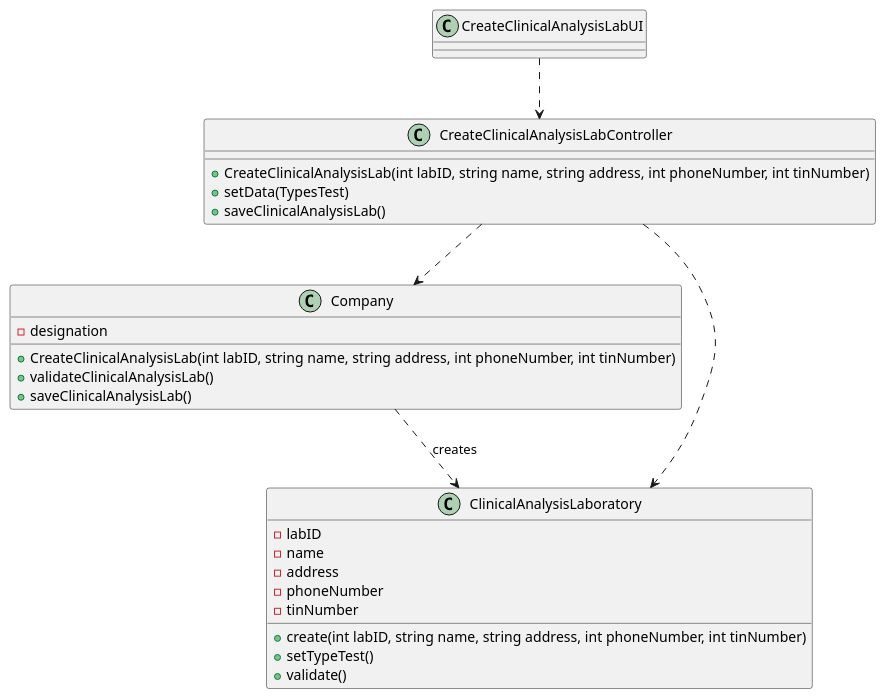
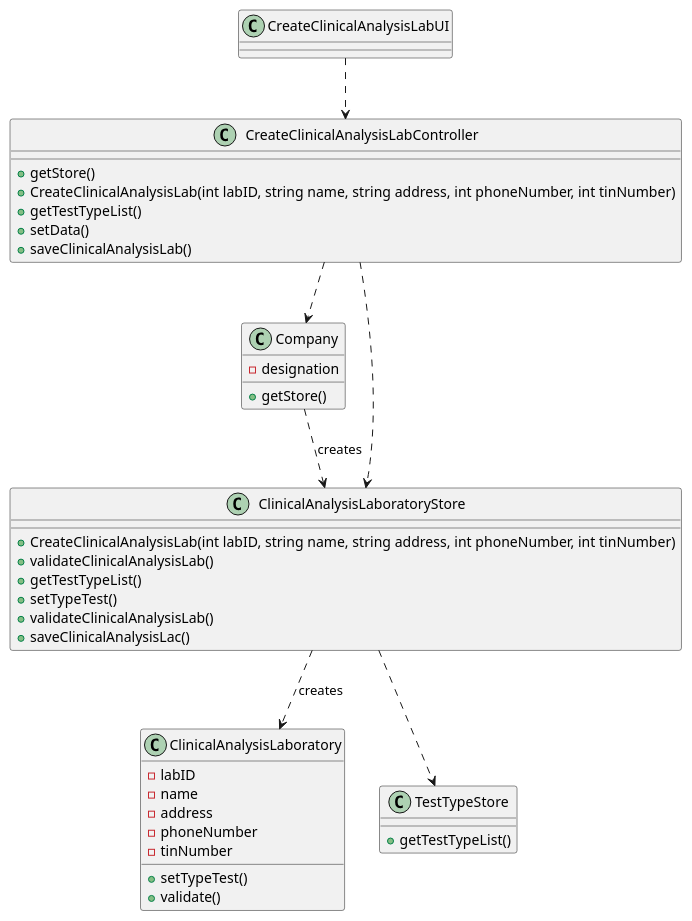
The diagram in docs/SprintB/US08/US8_CD.puml (MarianaCLages/LAPR2), drawn with PlantUML before and after one commit. The commit also changed 10 other files, not shown here.

```diff
--- a/docs/SprintB/US08/US8_CD.puml
+++ b/docs/SprintB/US08/US8_CD.puml
@@ -1,36 +1,50 @@
 @startuml
 
 class Company
 {
-  -designation
-  +CreateClinicalAnalysisLab(int labID, string name, string address, int phoneNumber, int tinNumber)
-  +validateClinicalAnalysisLab()
-  +saveClinicalAnalysisLab()
+  - designation
+  + getStore()
 }
 
 class CreateClinicalAnalysisLabUI {
 }
 
 class CreateClinicalAnalysisLabController {
-    +CreateClinicalAnalysisLab(int labID, string name, string address, int phoneNumber, int tinNumber)
-    +setData(TypesTest)
-    +saveClinicalAnalysisLab()
+    + getStore()
+    + CreateClinicalAnalysisLab(int labID, string name, string address, int phoneNumber, int tinNumber)
+    + getTestTypeList()
+    + setData()
+    + saveClinicalAnalysisLab()
 }
 
 class ClinicalAnalysisLaboratory{
-    -labID
-    -name
-    -address
-    -phoneNumber
-    -tinNumber
-    +create(int labID, string name, string address, int phoneNumber, int tinNumber)
-    +setTypeTest()
-    +validate()
+    - labID
+    - name
+    - address
+    - phoneNumber
+    - tinNumber
+    + setTypeTest()
+    + validate()
+}
+
+class ClinicalAnalysisLaboratoryStore{
+    + CreateClinicalAnalysisLab(int labID, string name, string address, int phoneNumber, int tinNumber)
+    + validateClinicalAnalysisLab()
+    + getTestTypeList()
+    + setTypeTest()
+    + validateClinicalAnalysisLab()
+    + saveClinicalAnalysisLac()
+}
+
+class TestTypeStore{
+    + getTestTypeList()
 }
 
 CreateClinicalAnalysisLabUI ..> CreateClinicalAnalysisLabController
 CreateClinicalAnalysisLabController ..> Company
-CreateClinicalAnalysisLabController ..> ClinicalAnalysisLaboratory
-Company ..> ClinicalAnalysisLaboratory: creates
+CreateClinicalAnalysisLabController ..> ClinicalAnalysisLaboratoryStore
+Company ..> ClinicalAnalysisLaboratoryStore: creates
+ClinicalAnalysisLaboratoryStore ..> ClinicalAnalysisLaboratory: creates
+ClinicalAnalysisLaboratoryStore ..> TestTypeStore
 
 @enduml
```
